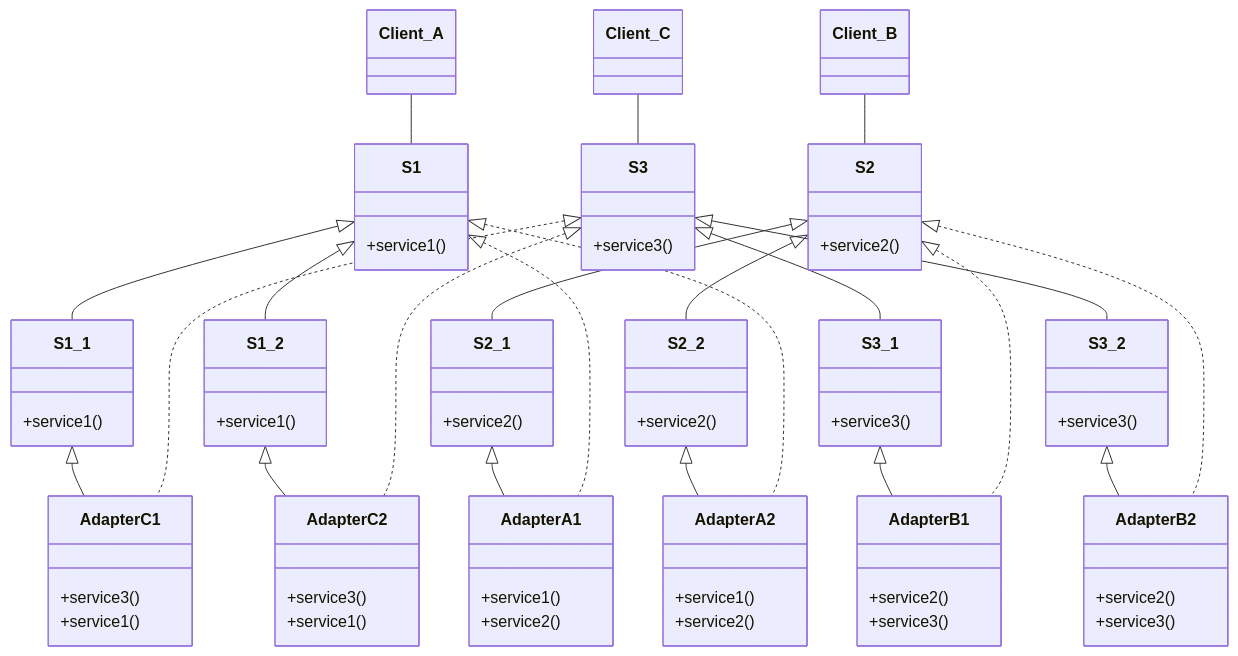
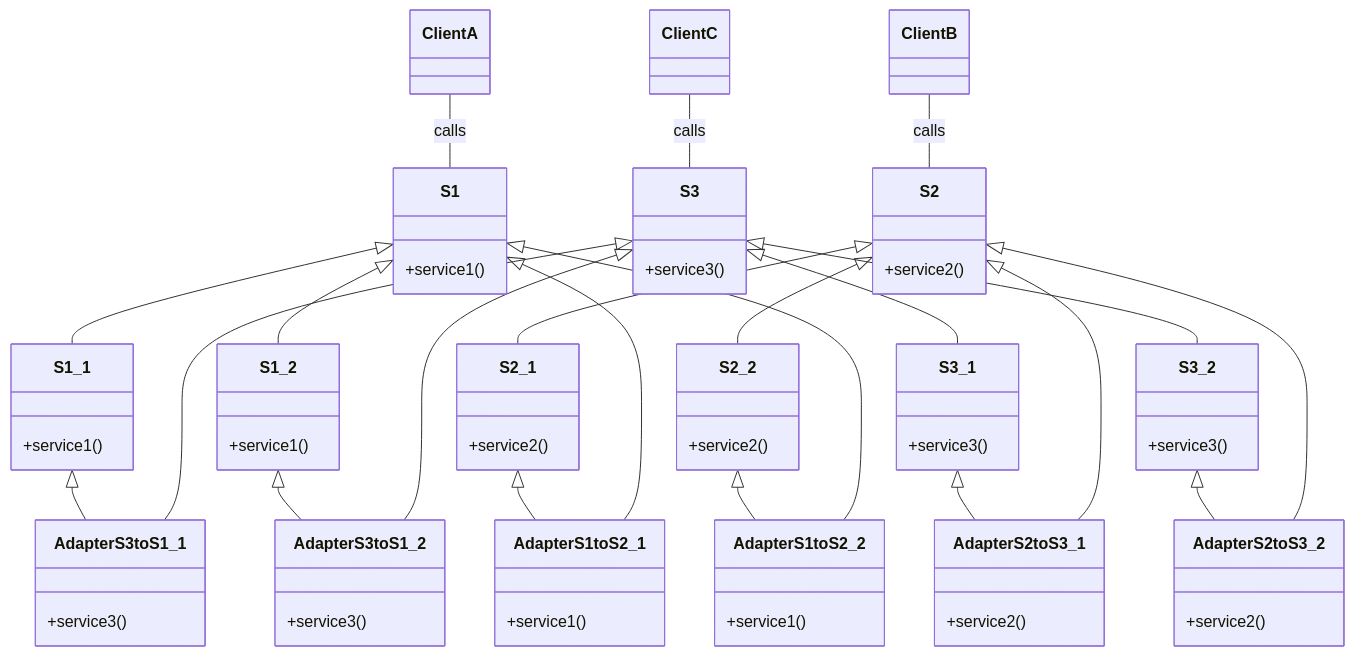
One commit to hanggrian/IIT-CS586 changed the second of 2 diagrams in assignments/hw2/README.md. Above: the diagram before and after it, drawn with Mermaid. The commit also changed other lines of this file and 13 other files, not shown here.

````diff
--- a/assignments/hw2/README.md
+++ b/assignments/hw2/README.md
@@ -360,79 +329,73 @@
 ```mermaid
 classDiagram
   direction TB
   class S1 {
     +service1()
   }
   class S1_1 {
     +service1()
   }
   class S1_2 {
     +service1()
   }
   S1 <|-- S1_1
   S1 <|-- S1_2
-  Client_A -- S1
+  ClientA -- S1 : calls
 
   class S2 {
     +service2()
   }
   class S2_1 {
     +service2()
   }
   class S2_2 {
     +service2()
   }
   S2 <|-- S2_1
   S2 <|-- S2_2
-  Client_B -- S2
+  ClientB -- S2 : calls
 
   class S3 {
     +service3()
   }
   class S3_1 {
     +service3()
   }
   class S3_2 {
     +service3()
   }
   S3 <|-- S3_1
   S3 <|-- S3_2
-  Client_C -- S3
+  ClientC -- S3 : calls
 
-  class AdapterA1 {
+  class AdapterS1toS2_1 {
     +service1()
+  }
+  class AdapterS1toS2_2 {
+    +service1()
+  }
+  class AdapterS2toS3_1 {
     +service2()
   }
-  class AdapterA2 {
-    +service1()
+  class AdapterS2toS3_2 {
     +service2()
   }
-  class AdapterB1 {
-    +service2()
+  class AdapterS3toS1_1 {
     +service3()
   }
-  class AdapterB2 {
-    +service2()
+  class AdapterS3toS1_2 {
     +service3()
   }
-  class AdapterC1 {
-    +service3()
-    +service1()
-  }
-  class AdapterC2 {
-    +service3()
-    +service1()
-  }
-  S2_1 <|-- AdapterA1
-  S1 <|.. AdapterA1
-  S2_2 <|-- AdapterA2
-  S1 <|.. AdapterA2
-  S3_1 <|-- AdapterB1
-  S2 <|.. AdapterB1
-  S3_2 <|-- AdapterB2
-  S2 <|.. AdapterB2
-  S1_1 <|-- AdapterC1
-  S3 <|.. AdapterC1
-  S1_2 <|-- AdapterC2
-  S3 <|.. AdapterC2
+  S2_1 <|-- AdapterS1toS2_1
+  S1 <|-- AdapterS1toS2_1
+  S2_2 <|-- AdapterS1toS2_2
+  S1 <|-- AdapterS1toS2_2
+  S3_1 <|-- AdapterS2toS3_1
+  S2 <|-- AdapterS2toS3_1
+  S3_2 <|-- AdapterS2toS3_2
+  S2 <|-- AdapterS2toS3_2
+  S1_1 <|-- AdapterS3toS1_1
+  S3 <|-- AdapterS3toS1_1
+  S1_2 <|-- AdapterS3toS1_2
+  S3 <|-- AdapterS3toS1_2
 ```
````
